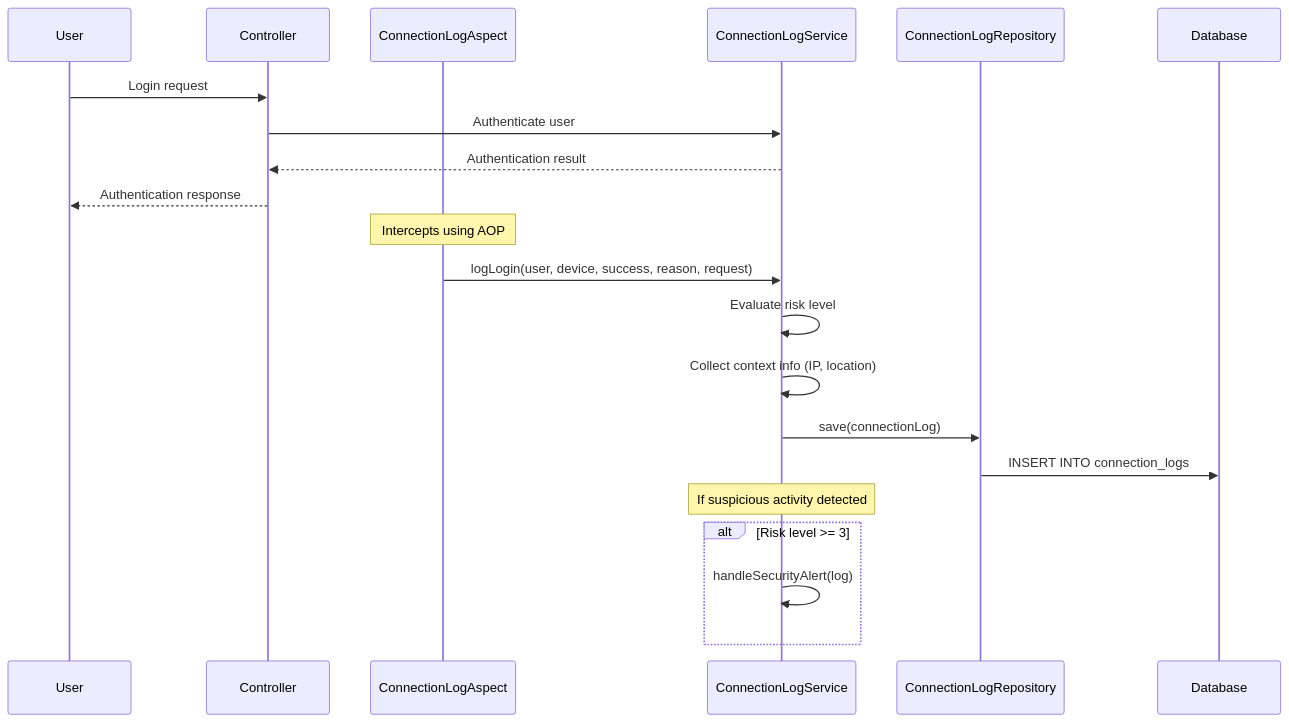
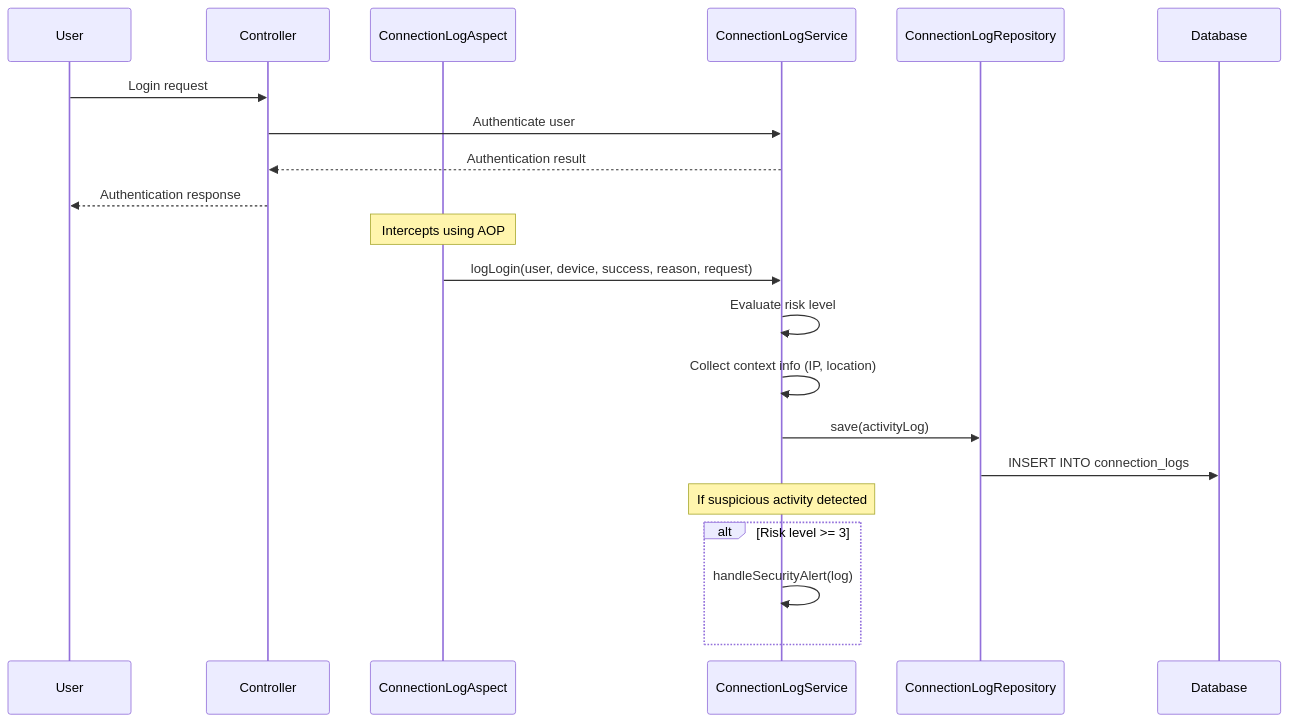
Before and after one commit to kalonjis/CoreProject: the second of 3 diagrams in documentations/connectionLogs/security-logging-diagrams.md, drawn with Mermaid. The commit also changed 1 other file, not shown here.

Commit message:
refactoring: renamed from "ConnectionLog**"to "ActivityLog**"

````diff
--- a/documentations/connectionLogs/security-logging-diagrams.md
+++ b/documentations/connectionLogs/security-logging-diagrams.md
@@ -108,26 +108,26 @@
 ```mermaid
 sequenceDiagram
     participant User
     participant Controller
     participant Aspect as ConnectionLogAspect
     participant Service as ConnectionLogService
     participant Repository as ConnectionLogRepository
     participant DB as Database
     
     User->>Controller: Login request
     Controller->>Service: Authenticate user
     Service-->>Controller: Authentication result
     Controller-->>User: Authentication response
     
     Note over Aspect: Intercepts using AOP
     Aspect->>Service: logLogin(user, device, success, reason, request)
     Service->>Service: Evaluate risk level
     Service->>Service: Collect context info (IP, location)
-    Service->>Repository: save(connectionLog)
+    Service->>Repository: save(activityLog)
     Repository->>DB: INSERT INTO connection_logs
     
     Note over Service: If suspicious activity detected
     alt Risk level >= 3
         Service->>Service: handleSecurityAlert(log)
     end
 ```
````
